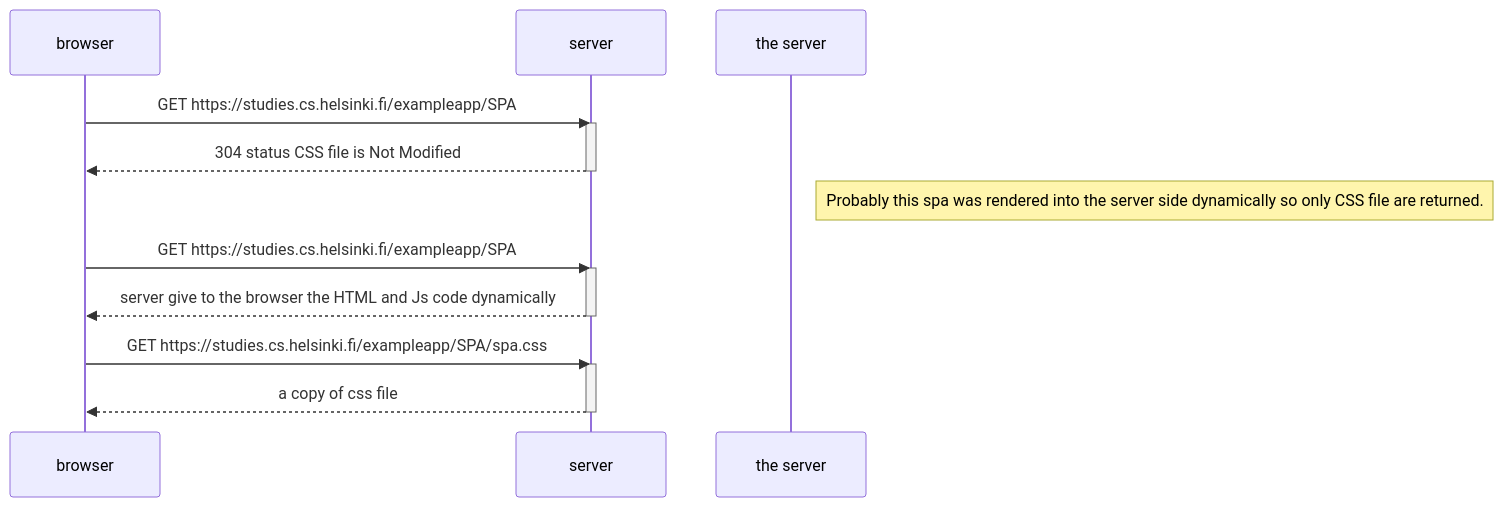
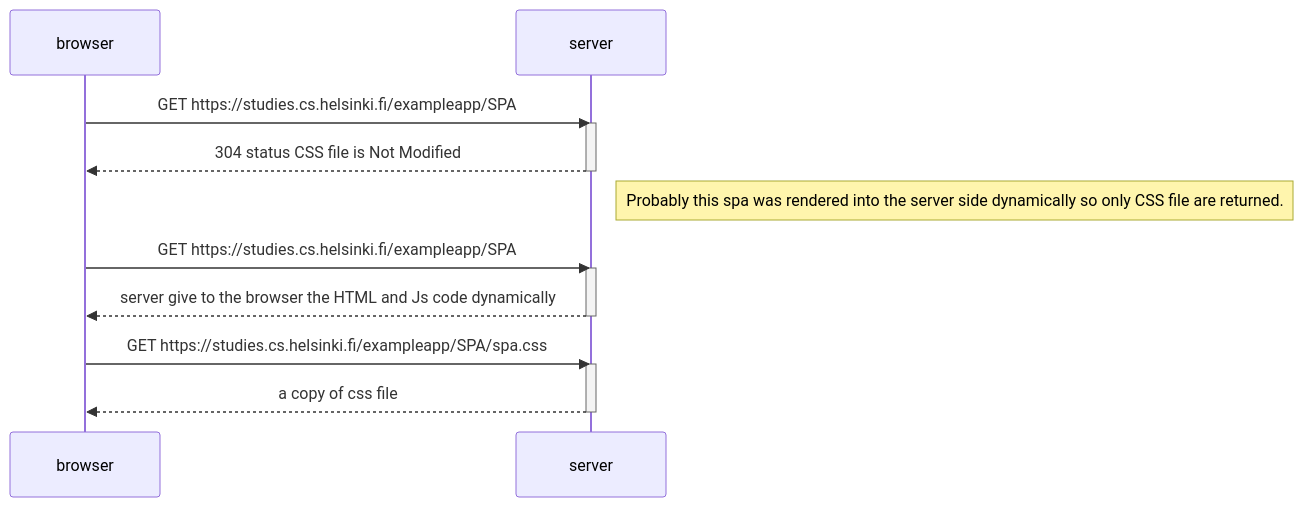
Before and after one commit to byemidev/fullstack: the diagram in part0/0.5Single-page-app-diagram.md, drawn with Mermaid.

Commit message:
part0-0.5 done/closed finally hehe

````diff
--- a/part0/0.5Single-page-app-diagram.md
+++ b/part0/0.5Single-page-app-diagram.md
@@ -1,24 +1,24 @@
 ``` mermaid   
 sequenceDiagram 
     participant browser
     participant server
 
     browser->>server: GET https://studies.cs.helsinki.fi/exampleapp/SPA 
     activate server
     server-->>browser: 304 status  CSS file is Not Modified  
     deactivate server
 
-    Note right of the server: Probably this spa was rendered into the server side dynamically so only CSS file are returned.
+    Note right of server: Probably this spa was rendered into the server side dynamically so only CSS file are returned.
 
     browser->>server: GET https://studies.cs.helsinki.fi/exampleapp/SPA
     activate server
     server-->>browser: server give to the browser the HTML and Js code dynamically 
     deactivate server
 
     browser->>server: GET https://studies.cs.helsinki.fi/exampleapp/SPA/spa.css
     activate server 
     server-->>browser: a copy of css file
     deactivate server 
 
 
 ```
````
